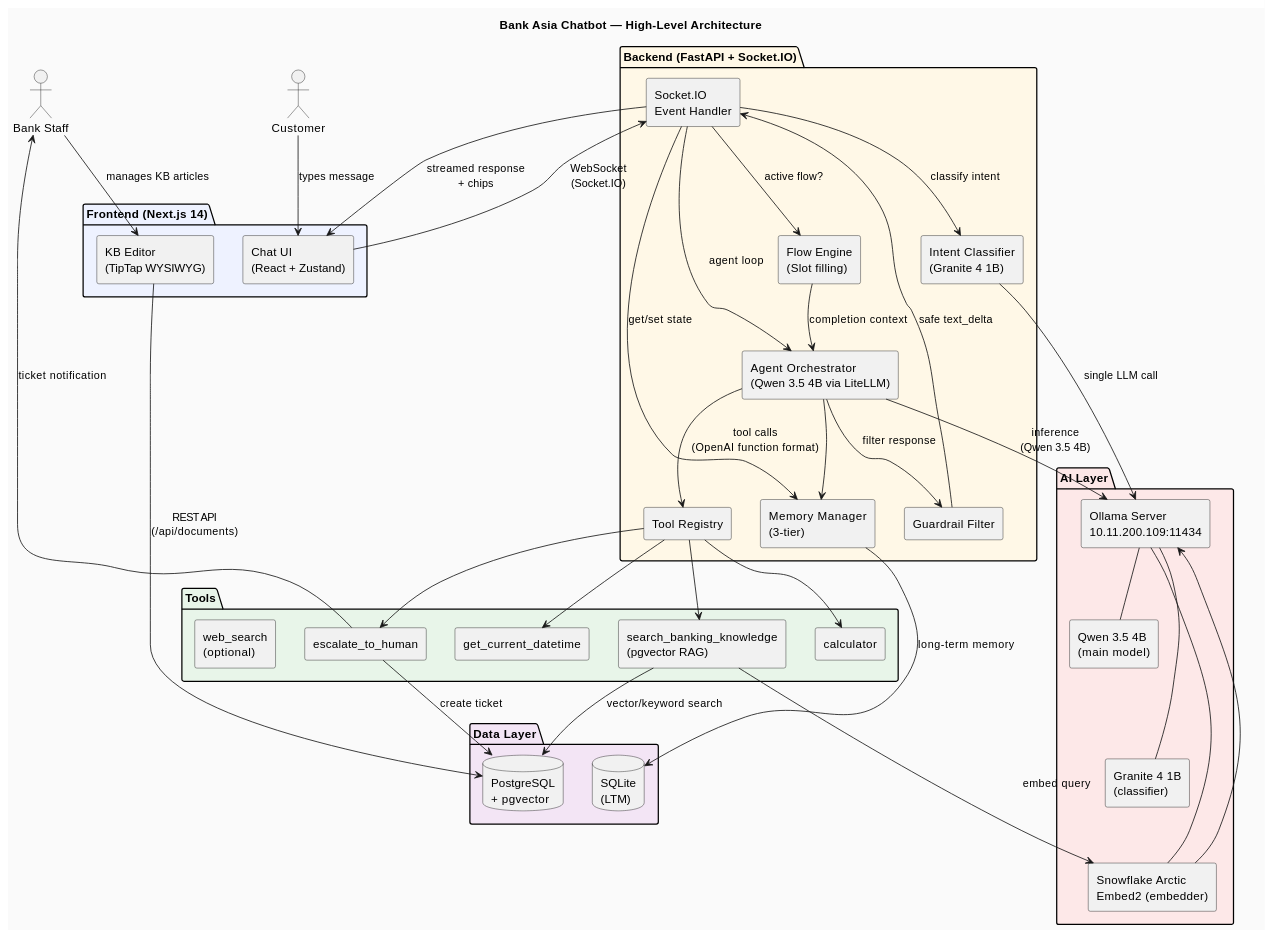
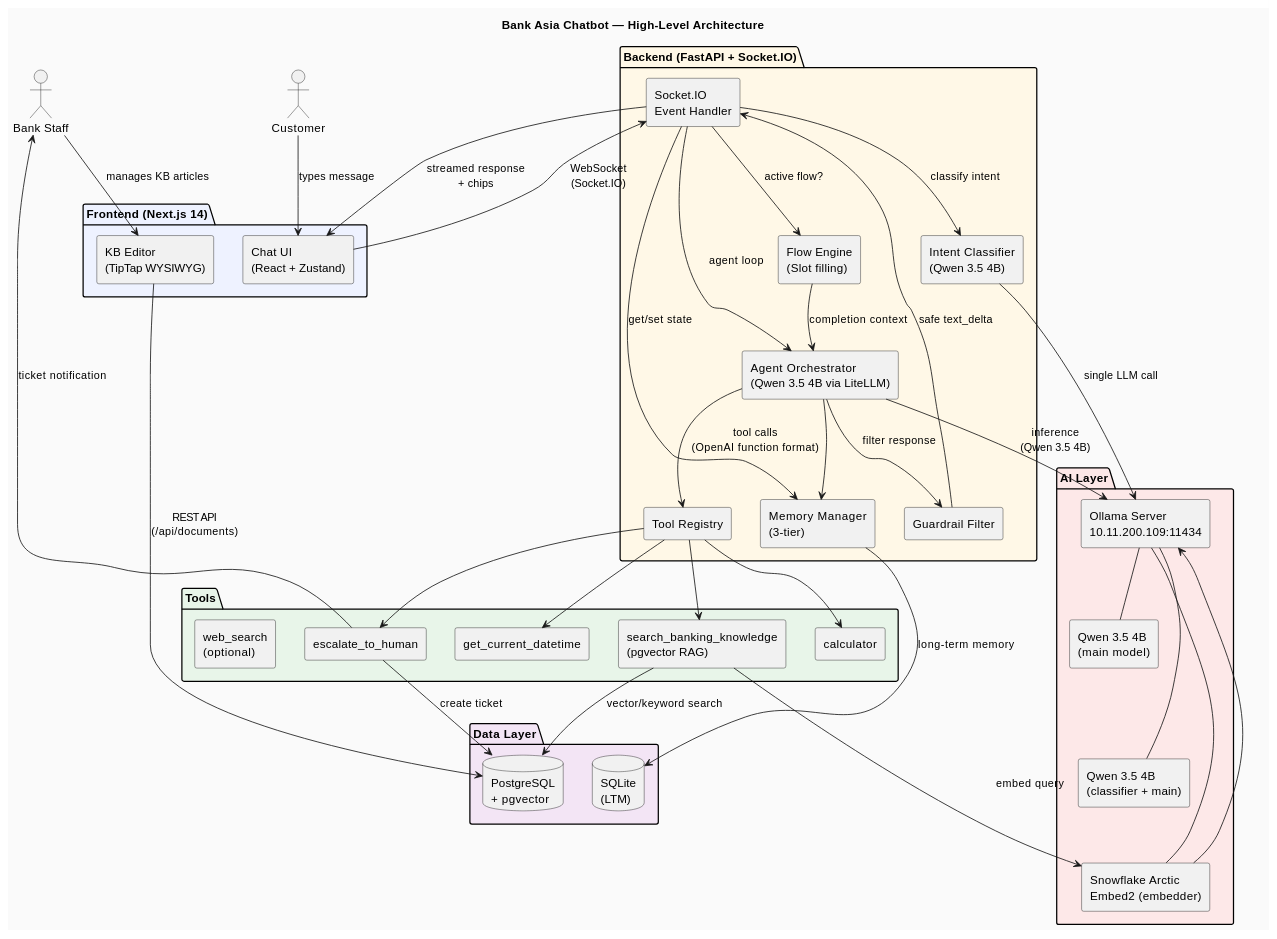
Before and after one commit to MdYeasinSamadArnob/Chatbot_template: the first of 6 diagrams in ARCHITECTURE.md, drawn with PlantUML. The commit also changed other lines of this file and 14 other files, not shown here.

```diff
--- a/ARCHITECTURE.md
+++ b/ARCHITECTURE.md
@@ -106,7 +170,7 @@
 
 package "Backend (FastAPI + Socket.IO)" #FFF8E7 {
   [Socket.IO\nEvent Handler] as SIO
-  [Intent Classifier\n(Granite 4 1B)] as CLS
+  [Intent Classifier\n(Qwen 3.5 4B)] as CLS
   [Agent Orchestrator\n(Qwen 3.5 4B via LiteLLM)] as ORCH
   [Flow Engine\n(Slot filling)] as FLOW
   [Memory Manager\n(3-tier)] as MEM
@@ -130,7 +194,7 @@
 package "AI Layer" #FDE8E8 {
   [Ollama Server\n10.11.200.109:11434] as OLLAMA
   [Qwen 3.5 4B\n(main model)] as QWEN
-  [Granite 4 1B\n(classifier)] as GRAN
+  [Qwen 3.5 4B\n(classifier + main)] as GRAN
   [Snowflake Arctic\nEmbed2 (embedder)] as EMBED
 }
 
```
